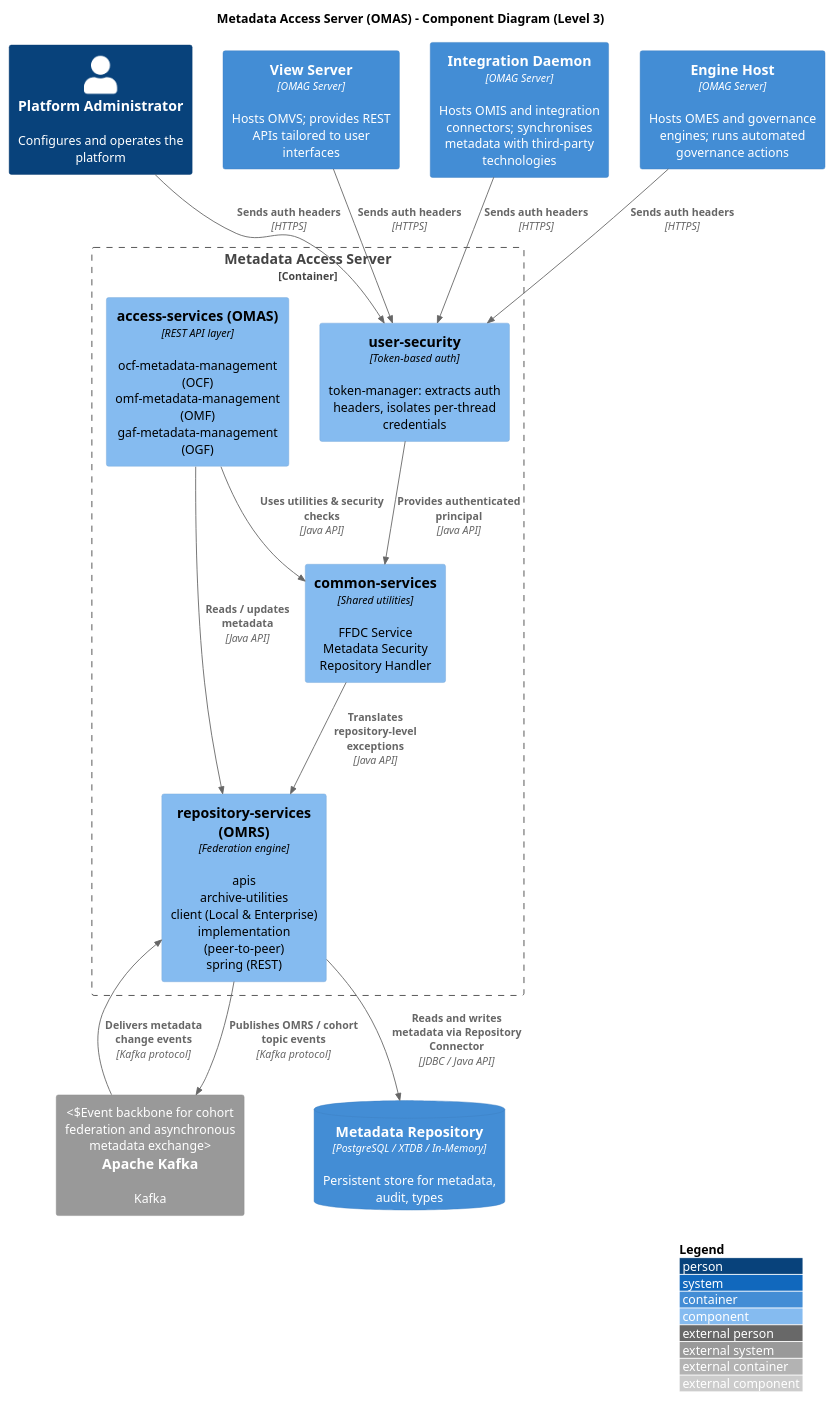
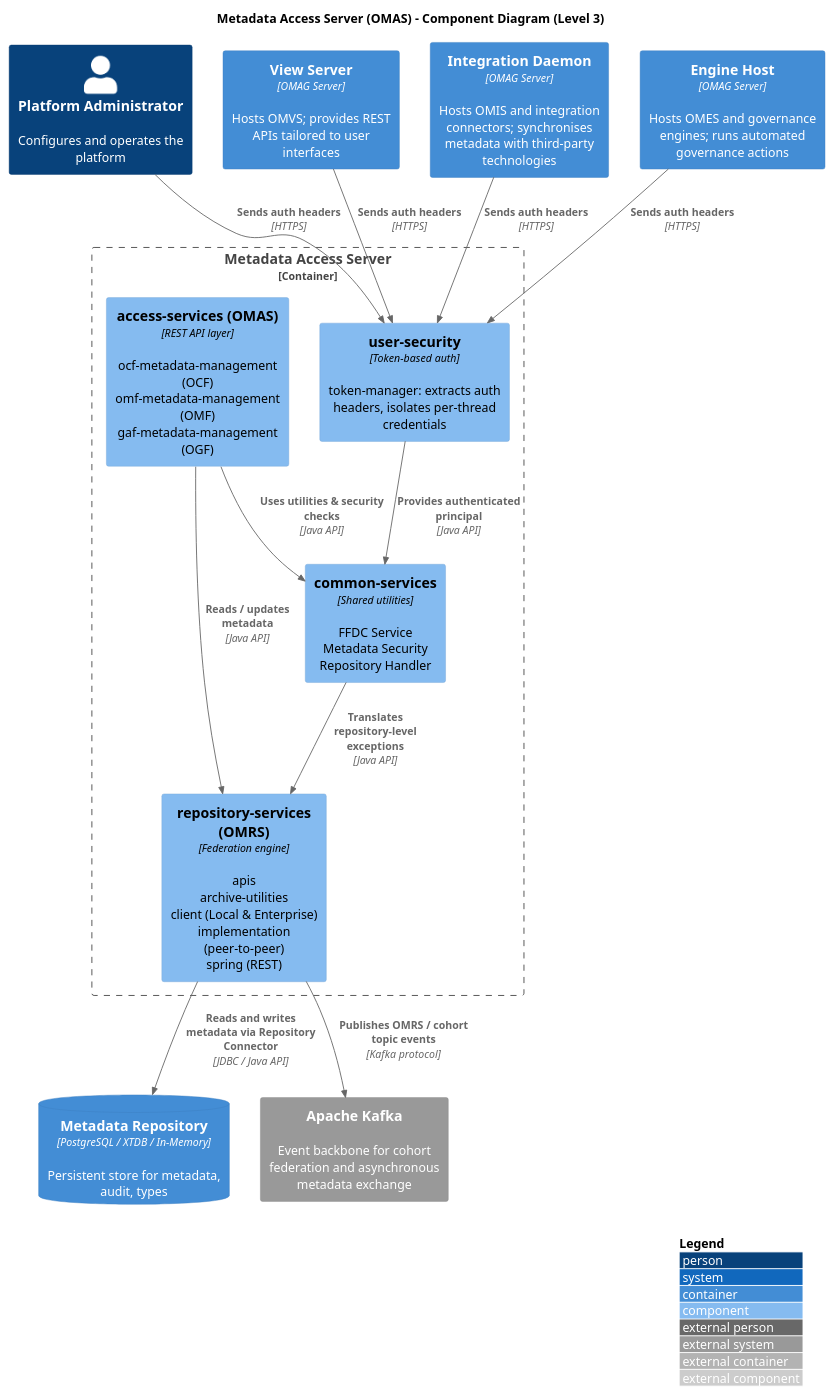
One commit to PoliTO-SwDA-2026-Team18/project changed the diagram in diagrams/c4/component-metadata-access-server.puml. Above: the diagram before and after it, drawn with PlantUML. The commit also changed 16 other files, not shown here.

```diff
--- a/diagrams/c4/component-metadata-access-server.puml
+++ b/diagrams/c4/component-metadata-access-server.puml
@@ -1,43 +1,43 @@
 @startuml C4_Component_MetadataAccessServer
 !include https://raw.githubusercontent.com/plantuml-stdlib/C4-PlantUML/master/C4_Component.puml
 
 LAYOUT_WITH_LEGEND()
 
 title Metadata Access Server (OMAS) - Component Diagram (Level 3)
 
 Person(admin,   "Platform Administrator", "Configures and operates the platform")
 Container(view,   "View Server",         "OMAG Server", "Hosts OMVS; provides REST APIs tailored to user interfaces")
 Container(intd,   "Integration Daemon",  "OMAG Server", "Hosts OMIS and integration connectors; synchronises metadata with third-party technologies")
 Container(engine, "Engine Host",         "OMAG Server", "Hosts OMES and governance engines; runs automated governance actions")
 ContainerDb(dataRepo, "Metadata Repository", "PostgreSQL / XTDB / In-Memory", "Persistent store for metadata, audit, types")
-System_Ext(msgBus, "Apache Kafka", "Kafka", "Event backbone for cohort federation and asynchronous metadata exchange")
+System_Ext(msgBus, "Apache Kafka",  "Event backbone for cohort federation and asynchronous metadata exchange")
 
 Container_Boundary(mas, "Metadata Access Server") {
 
     Component(userSec, "user-security", "Token-based auth", "token-manager: extracts auth headers, isolates per-thread credentials")
 
     Component(access, "access-services (OMAS)", "REST API layer", "ocf-metadata-management (OCF)\nomf-metadata-management (OMF)\ngaf-metadata-management (OGF)")
 
     Component(common, "common-services", "Shared utilities", "FFDC Service\nMetadata Security\nRepository Handler")
 
     Component(omrs, "repository-services (OMRS)", "Federation engine", "apis\narchive-utilities\nclient (Local & Enterprise)\nimplementation (peer-to-peer)\nspring (REST)")
 }
 
 Rel(admin,   userSec, "Sends auth headers", "HTTPS")
 Rel(view,    userSec, "Sends auth headers", "HTTPS")
 Rel(intd,    userSec, "Sends auth headers", "HTTPS")
 Rel(engine,  userSec, "Sends auth headers", "HTTPS")
 
 
 
 Rel(access, common, "Uses utilities & security checks", "Java API")
 Rel(access, omrs, "Reads / updates metadata", "Java API")
 
 Rel(common, omrs, "Translates repository-level exceptions", "Java API")
 Rel(userSec, common, "Provides authenticated principal", "Java API")
 
 Rel(omrs, dataRepo, "Reads and writes metadata via Repository Connector", "JDBC / Java API")
 Rel(omrs, msgBus, "Publishes OMRS / cohort topic events", "Kafka protocol")
-Rel(msgBus, omrs, "Delivers metadata change events", "Kafka protocol")
+' Rel(msgBus, omrs, "Delivers metadata change events", "Kafka protocol")
 
 @enduml
```
